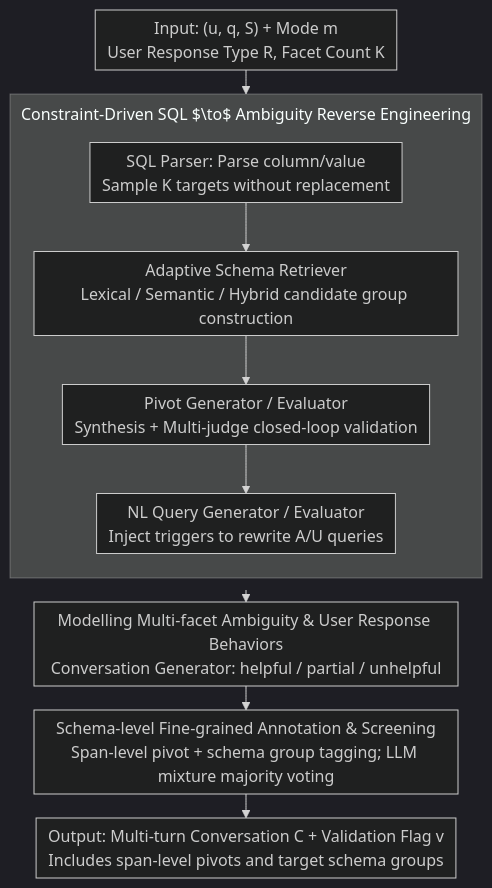
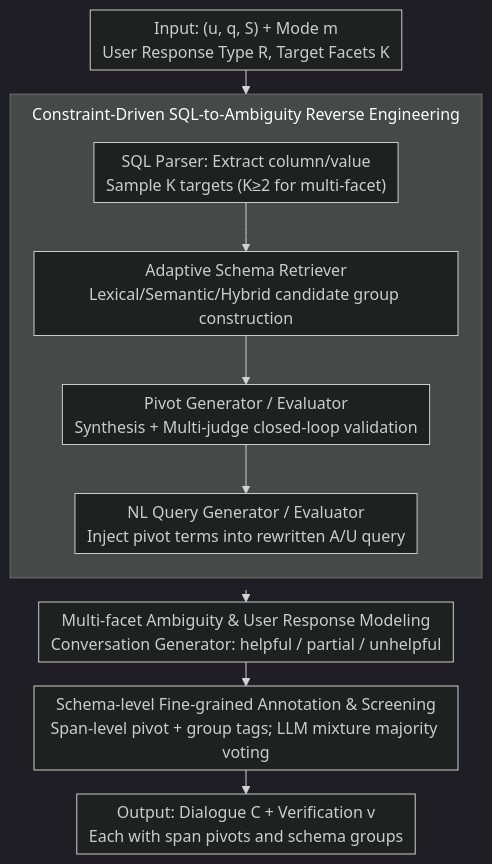
One commit to zhaoyang97/Paper-Notes-en changed the diagram in docs/ACL2026/llm_evaluation/clarity_a_framework_and_benchmark_for_conversational_language_ambiguity_and_unan.md. Above: the diagram before and after it, drawn with Mermaid (dark theme). The commit also changed other lines of this file and 5084 other files, not shown here.

````diff
--- a/docs/ACL2026/llm_evaluation/clarity_a_framework_and_benchmark_for_conversational_language_ambiguity_and_unan.md
+++ b/docs/ACL2026/llm_evaluation/clarity_a_framework_and_benchmark_for_conversational_language_ambiguity_and_unan.md
@@ -43,17 +43,17 @@
 ```mermaid
 %%{init: {'flowchart': {'rankSpacing': 24, 'nodeSpacing': 28, 'padding': 6, 'wrappingWidth': 400, 'subGraphTitleMargin': {'top': 8, 'bottom': 16}}}}%%
 flowchart TD
-    IN["Input: (u, q, S) + Mode m<br/>User Response Type R, Facet Count K"]
-    subgraph REV["Constraint-Driven SQL $\to$ Ambiguity Reverse Engineering"]
+    IN["Input: (u, q, S) + Mode m<br/>User Response Type R, Target Facets K"]
+    subgraph REV["Constraint-Driven SQL-to-Ambiguity Reverse Engineering"]
         direction TB
-        P["SQL Parser: Parse column/value<br/>Sample K targets without replacement"]
-        R1["Adaptive Schema Retriever<br/>Lexical / Semantic / Hybrid candidate group construction"]
+        P["SQL Parser: Extract column/value<br/>Sample K targets (K≥2 for multi-facet)"]
+        R1["Adaptive Schema Retriever<br/>Lexical/Semantic/Hybrid candidate group construction"]
         PV["Pivot Generator / Evaluator<br/>Synthesis + Multi-judge closed-loop validation"]
-        NL["NL Query Generator / Evaluator<br/>Inject triggers to rewrite A/U queries"]
+        NL["NL Query Generator / Evaluator<br/>Inject pivot terms into rewritten A/U query"]
         P --> R1 --> PV --> NL
     end
     IN --> P
-    REV --> CONV["Modelling Multi-facet Ambiguity & User Response Behaviors<br/>Conversation Generator: helpful / partial / unhelpful"]
-    CONV --> SCR["Schema-level Fine-grained Annotation & Screening<br/>Span-level pivot + schema group tagging; LLM mixture majority voting"]
-    SCR --> OUT["Output: Multi-turn Conversation C + Validation Flag v<br/>Includes span-level pivots and target schema groups"]
+    REV --> CONV["Multi-facet Ambiguity & User Response Modeling<br/>Conversation Generator: helpful / partial / unhelpful"]
+    CONV --> SCR["Schema-level Fine-grained Annotation & Screening<br/>Span-level pivot + group tags; LLM mixture majority voting"]
+    SCR --> OUT["Output: Dialogue C + Verification v<br/>Each with span pivots and schema groups"]
 ```
````
